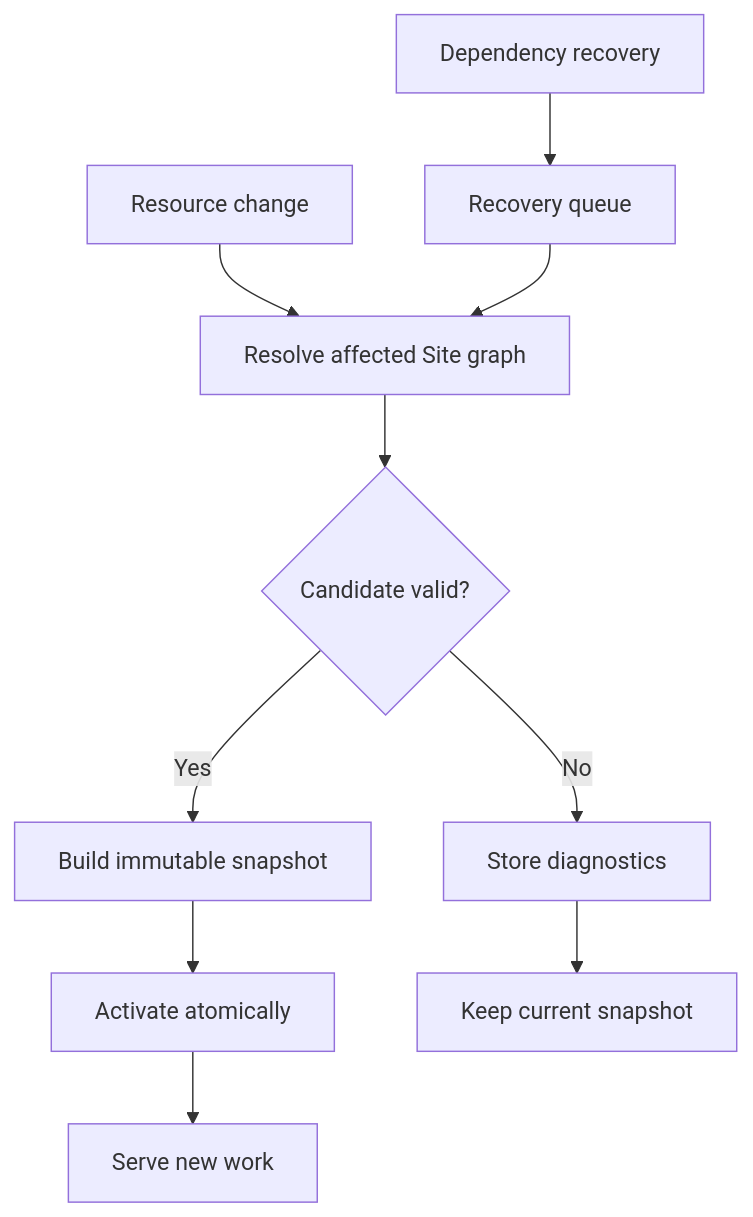
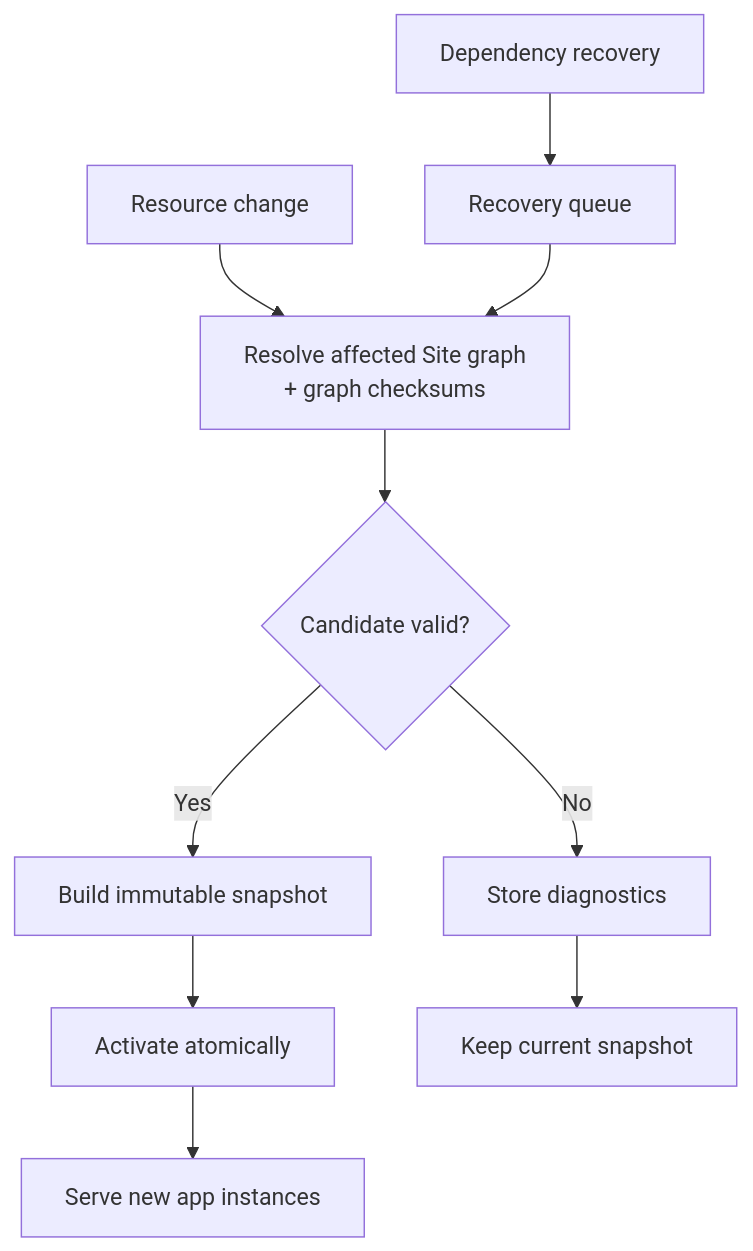
One commit to taskmigo/docs changed the first of 4 diagrams in content/versions/v0/manuals/runtime.mdx. Above: the diagram before and after it, drawn with Mermaid. The commit also changed other lines of this file and 11 other files, not shown here.

Commit message:
docs: define resource graph, snapshots, and runtime binding (#27)

````diff
--- a/content/versions/v0/manuals/runtime.mdx
+++ b/content/versions/v0/manuals/runtime.mdx
@@ -10,12 +10,12 @@
 ```mermaid
 flowchart TD
-  change["Resource change"] --> resolve["Resolve affected Site graph"]
+  change["Resource change"] --> resolve["Resolve affected Site graph\n+ graph checksums"]
   recovery["Dependency recovery"] --> queue["Recovery queue"]
   queue --> resolve
   resolve --> validate{"Candidate valid?"}
   validate -->|Yes| build["Build immutable snapshot"]
   build --> activate["Activate atomically"]
   validate -->|No| diagnostics["Store diagnostics"]
   diagnostics --> retain["Keep current snapshot"]
-  activate --> serve["Serve new work"]
+  activate --> serve["Serve new app instances"]
 ```
````
